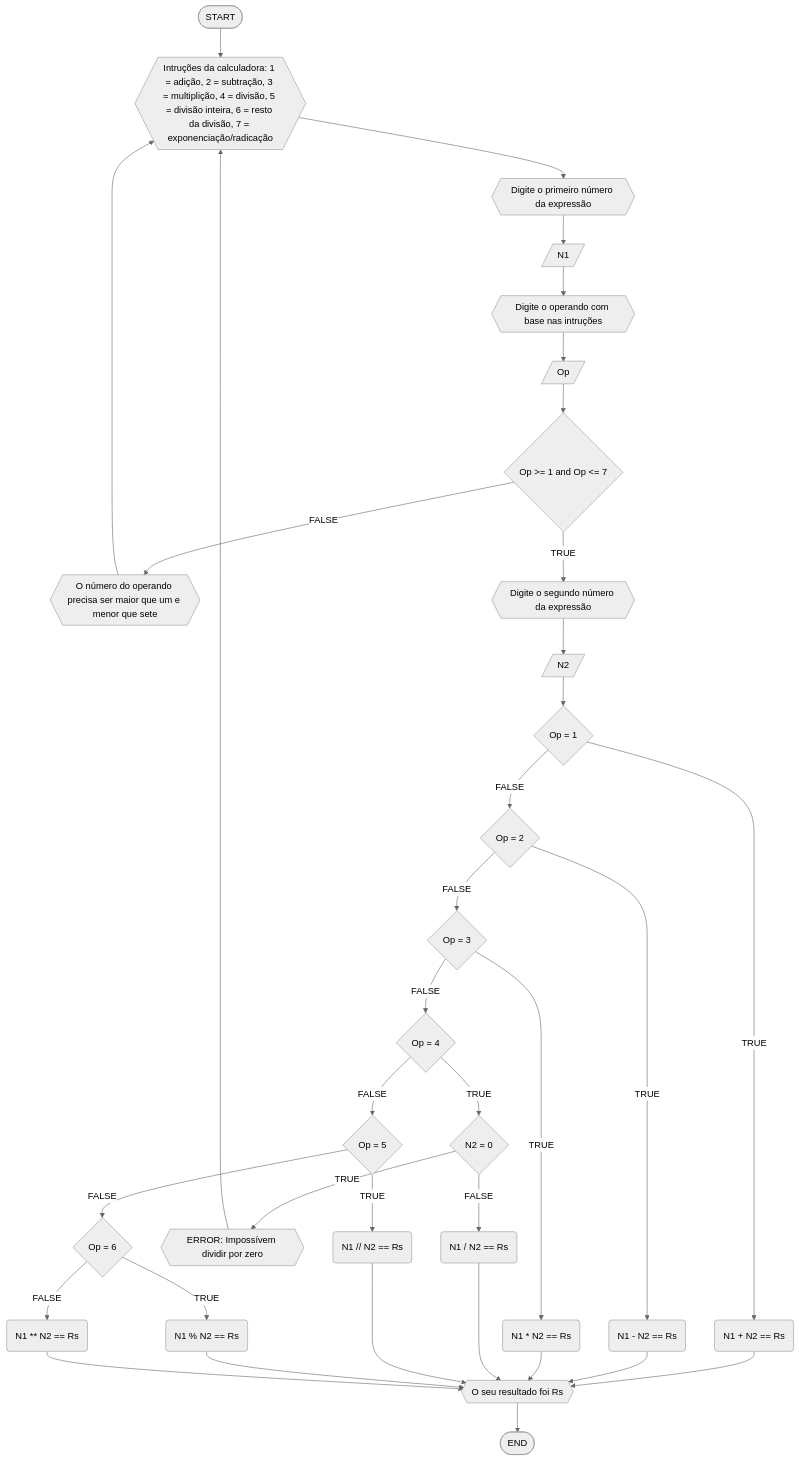
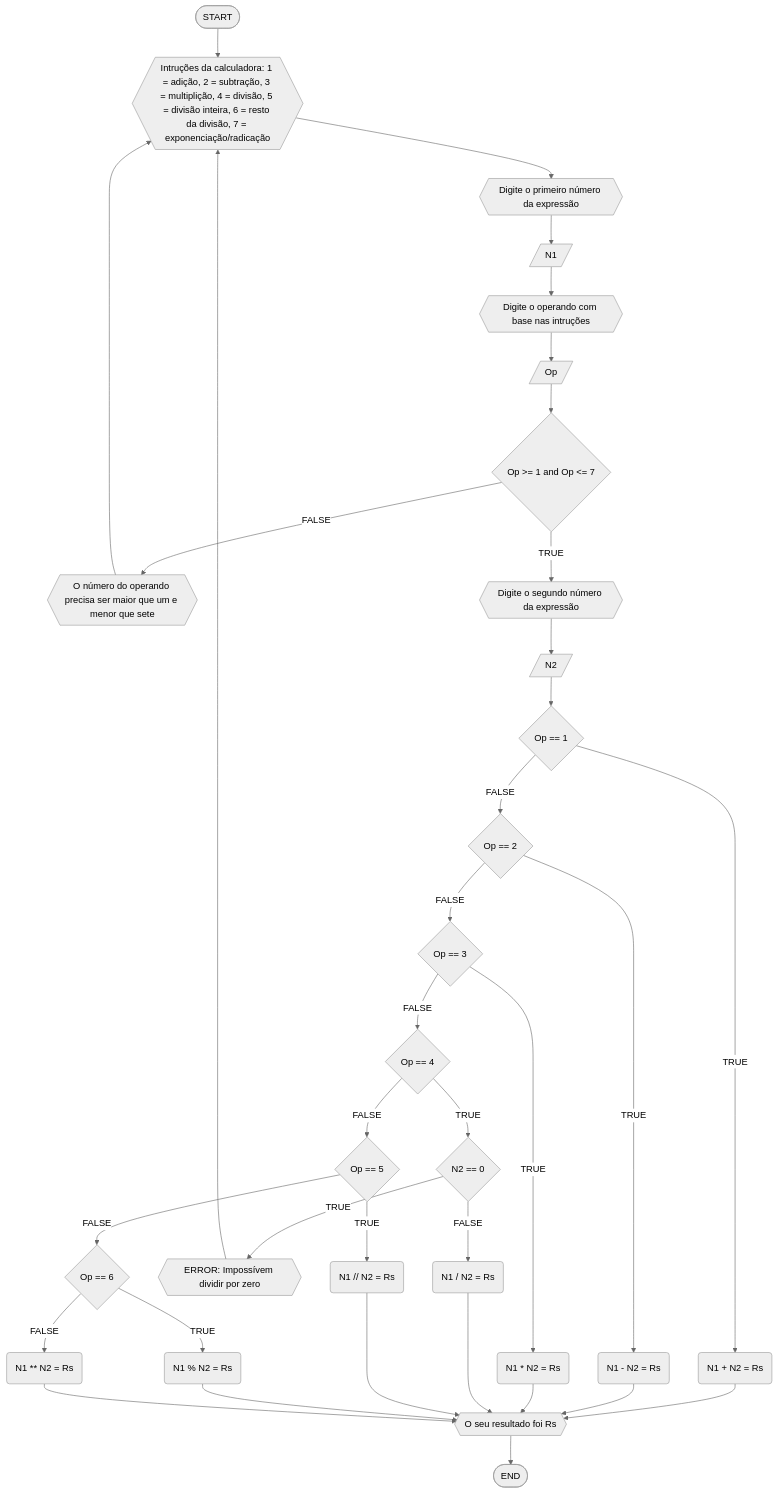
The fourth of 5 diagrams in RLA/Lista2.md (Px1906/unifor), drawn with Mermaid (neutral theme) before and after one commit. The commit also changed other lines of this file, not shown here.

````diff
--- a/RLA/Lista2.md
+++ b/RLA/Lista2.md
@@ -138,38 +138,38 @@
 ```mermaid
 flowchart TD
 A([START]) --> B{{Intruções da calculadora: 1 = adição, 2 = subtração, 3 = multiplição, 4 = divisão, 5 = divisão inteira, 6 = resto da divisão, 7 = exponenciação/radicação}}
 B-->C{{Digite o primeiro número da expressão}}
 C-->D[/N1/]
 D-->E{{Digite o operando com base nas intruções}}
 E-->F[/Op/]
 F-->G{Op >= 1 and Op <= 7}
 G--FALSE-->H{{O número do operando precisa ser maior que um e menor que sete}}
 H-->B
 G--TRUE-->I{{Digite o segundo número da expressão}}
 I-->J[/N2/]
-J-->K{Op = 1}
-K--FALSE-->L{Op = 2}
-K--TRUE-->k(N1 + N2 == Rs)
+J-->K{Op == 1}
+K--FALSE-->L{Op == 2}
+K--TRUE-->k(N1 + N2 = Rs)
 k-->R
-L--FALSE-->M{Op = 3}
-L--TRUE-->l(N1 - N2 == Rs)
+L--FALSE-->M{Op == 3}
+L--TRUE-->l(N1 - N2 = Rs)
 l-->R
-M--FALSE-->N{Op = 4}
-M--TRUE-->m(N1 * N2 == Rs)
+M--FALSE-->N{Op == 4}
+M--TRUE-->m(N1 * N2 = Rs)
 m-->R
-N--FALSE-->O{Op = 5}
-N--TRUE-->n{N2 = 0}
-n--FALSE-->n2(N1 / N2 == Rs)
+N--FALSE-->O{Op == 5}
+N--TRUE-->n{N2 == 0}
+n--FALSE-->n2(N1 / N2 = Rs)
 n--TRUE-->n3{{ERROR: Impossívem dividir por zero}}
 n2-->R
 n3-->B
-O--FALSE-->P{Op = 6}
-O--TRUE-->o(N1 // N2 == Rs)
+O--FALSE-->P{Op == 6}
+O--TRUE-->o(N1 // N2 = Rs)
 o-->R
 P--FALSE-->q
-P--TRUE-->p(N1 % N2 == Rs)
+P--TRUE-->p(N1 % N2 = Rs)
 p-->R
-q(N1 ** N2 == Rs)
+q(N1 ** N2 = Rs)
 q-->R{{O seu resultado foi Rs}}
 R-->Z([END])
 ```
````
